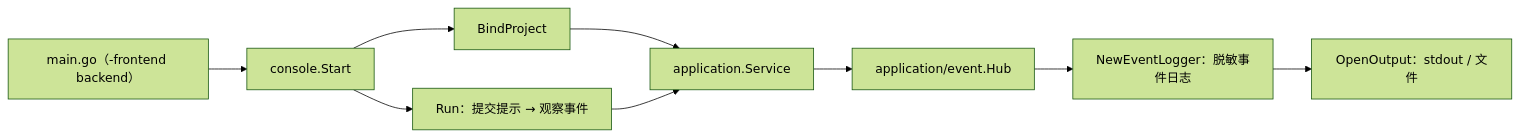
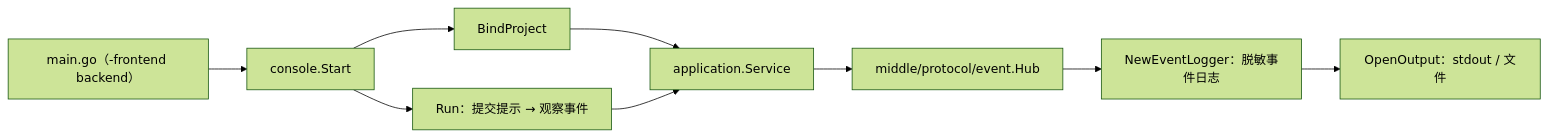
Before and after one commit to RedHuang-0622/seelex: the first of 2 diagrams in application/console/README.md, drawn with Mermaid (forest theme). The commit also changed 160 other files, not shown here.

First line of the commit message:
refactor(arch): M5-R3 model/event/state 归位 middle/protocol 与 kernel（plan §2.3）

````diff
--- a/application/console/README.md
+++ b/application/console/README.md
@@ -12,11 +12,11 @@
 ```mermaid
 flowchart LR
     CLI["main.go（-frontend backend）"] --> START["console.Start"]
     START --> BIND["BindProject"]
     START --> RUN["Run：提交提示 → 观察事件"]
     BIND --> SVC["application.Service"]
     RUN --> SVC
-    SVC --> HUB["application/event.Hub"]
+    SVC --> HUB["middle/protocol/event.Hub"]
     HUB --> LOG["NewEventLogger：脱敏事件日志"]
     LOG --> OUT["OpenOutput：stdout / 文件"]
 ```
````
